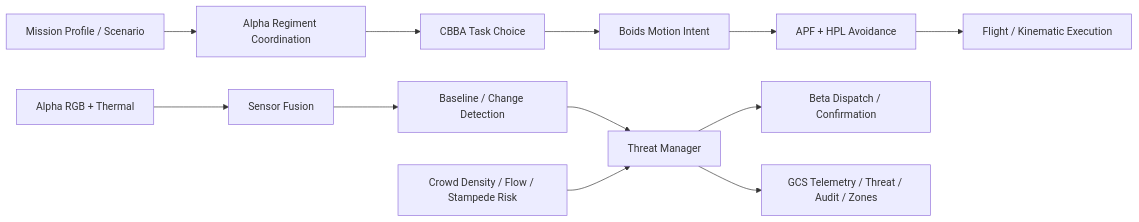
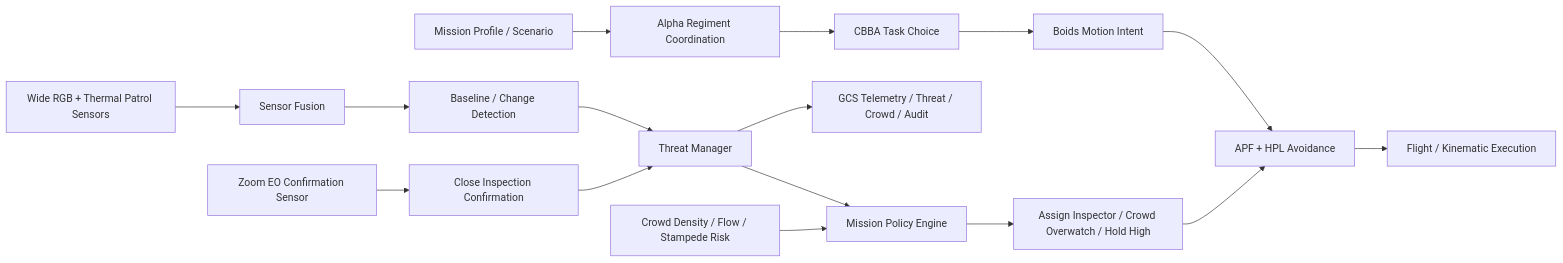
The diagram in docs/ARCHITECTURE.md (aniket-27507/Sanjay_MK2), drawn with Mermaid before and after one commit. The commit also changed other lines of this file and 73 other files, not shown here.

Commit message:
Reorganised new architecture without betas, roadmap introduced

````diff
--- a/docs/ARCHITECTURE.md
+++ b/docs/ARCHITECTURE.md
@@ -24,16 +20,21 @@
 ```mermaid
 flowchart LR
     A["Mission Profile / Scenario"] --> B["Alpha Regiment Coordination"]
     B --> C["CBBA Task Choice"]
     C --> D["Boids Motion Intent"]
     D --> E["APF + HPL Avoidance"]
     E --> F["Flight / Kinematic Execution"]
 
-    G["Alpha RGB + Thermal"] --> H["Sensor Fusion"]
+    G["Wide RGB + Thermal Patrol Sensors"] --> H["Sensor Fusion"]
     H --> I["Baseline / Change Detection"]
     I --> J["Threat Manager"]
-    J --> K["Beta Dispatch / Confirmation"]
+    J --> K["Mission Policy Engine"]
+    K --> L["Assign Inspector / Crowd Overwatch / Hold High"]
+    L --> E
 
-    L["Crowd Density / Flow / Stampede Risk"] --> J
-    J --> M["GCS Telemetry / Threat / Audit / Zones"]
+    M["Zoom EO Confirmation Sensor"] --> N["Close Inspection Confirmation"]
+    N --> J
+
+    O["Crowd Density / Flow / Stampede Risk"] --> K
+    J --> P["GCS Telemetry / Threat / Crowd / Audit"]
 ```
````
